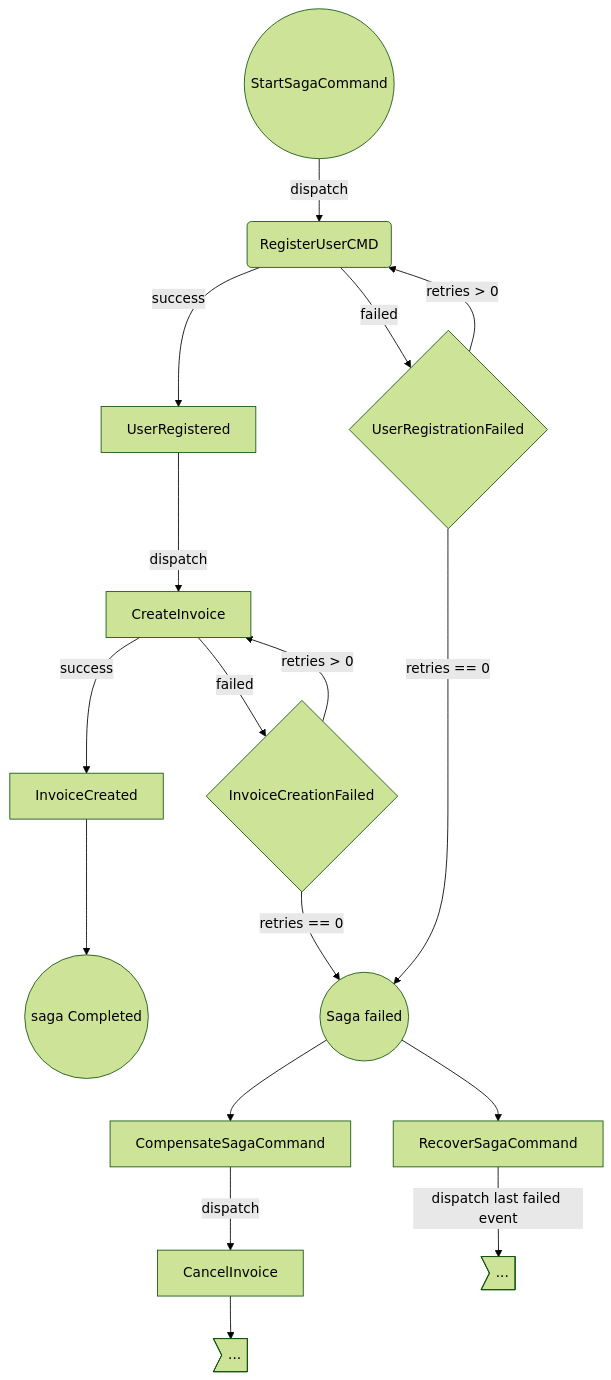
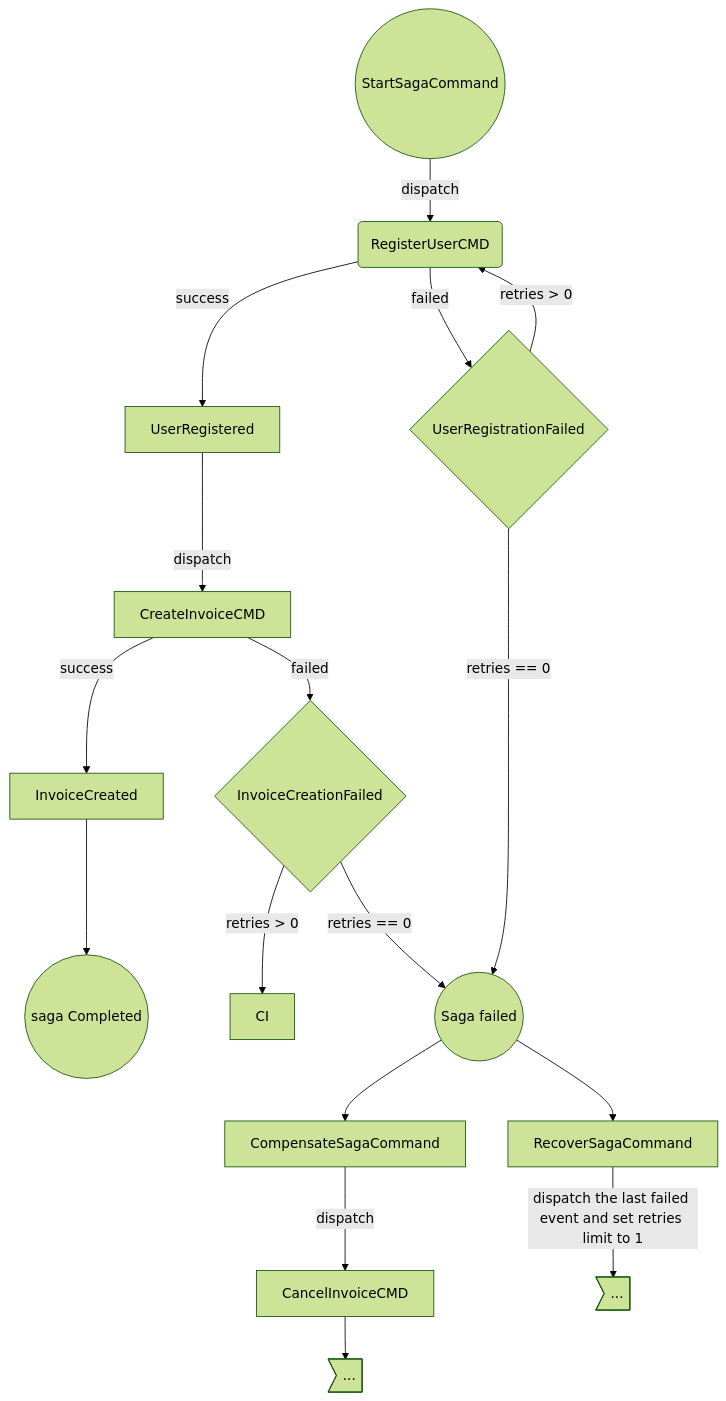
The diagram in docs/Saga component.md (go-foreman/foreman), drawn with Mermaid (forest theme) before and after one commit.

Commit message:
fixed saga doc

````diff
--- a/docs/Saga component.md
+++ b/docs/Saga component.md
@@ -94,19 +94,19 @@
 ```mermaid
 graph TD
-S(("StartSagaCommand")) --> |dispatch| RUC(RegisterUserCMD)
-RUC --> |success| UR[UserRegistered]
-UR --> |dispatch| CI[CreateInvoice]
-CI --> |success| IC[InvoiceCreated]
-IC --> C((saga Completed))
-RUC --> |failed| URF{UserRegistrationFailed}
-URF --> |retries > 0| RUC
-URF --> |retries == 0| F(("Saga failed"))
-CI --> |failed| INF{InvoiceCreationFailed}
-INF --> |retries > 0| CI
-INF --> |retries == 0| F
-F -->  Compensate[CompensateSagaCommand]
-F -->  Recover[RecoverSagaCommand]
-Recover --> |dispatch last failed event| R1>...]
-Compensate --> |dispatch| CancelInvoice[CancelInvoice]
-CancelInvoice --> R2>...]
+    S(("StartSagaCommand")) --> |dispatch| RUC(RegisterUserCMD)
+    RUC --> |success| UR[UserRegistered]
+    UR --> |dispatch| CIC[CreateInvoiceCMD]
+    CIC --> |success| IC[InvoiceCreated]
+    IC --> C((saga Completed))
+    RUC --> |failed| URF{UserRegistrationFailed}
+    URF --> |retries > 0| RUC
+    URF --> |retries == 0| F(("Saga failed"))
+    CIC --> |failed| INF{InvoiceCreationFailed}
+    INF --> |retries > 0| CI
+    INF --> |retries == 0| F
+    F -->  Compensate[CompensateSagaCommand]
+    F -->  Recover[RecoverSagaCommand]
+    Recover --> |dispatch the last failed event and set retries limit to 1| R1>...]
+    Compensate --> |dispatch| CancelInvoiceCMD[CancelInvoiceCMD]
+    CancelInvoiceCMD --> R2>...]
 ```
````
